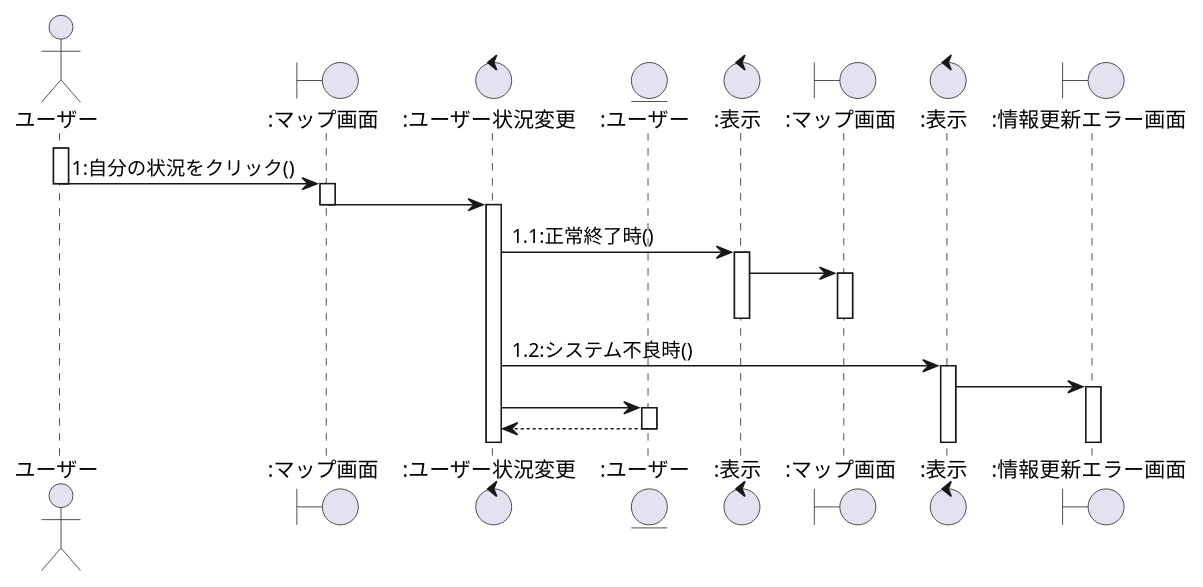
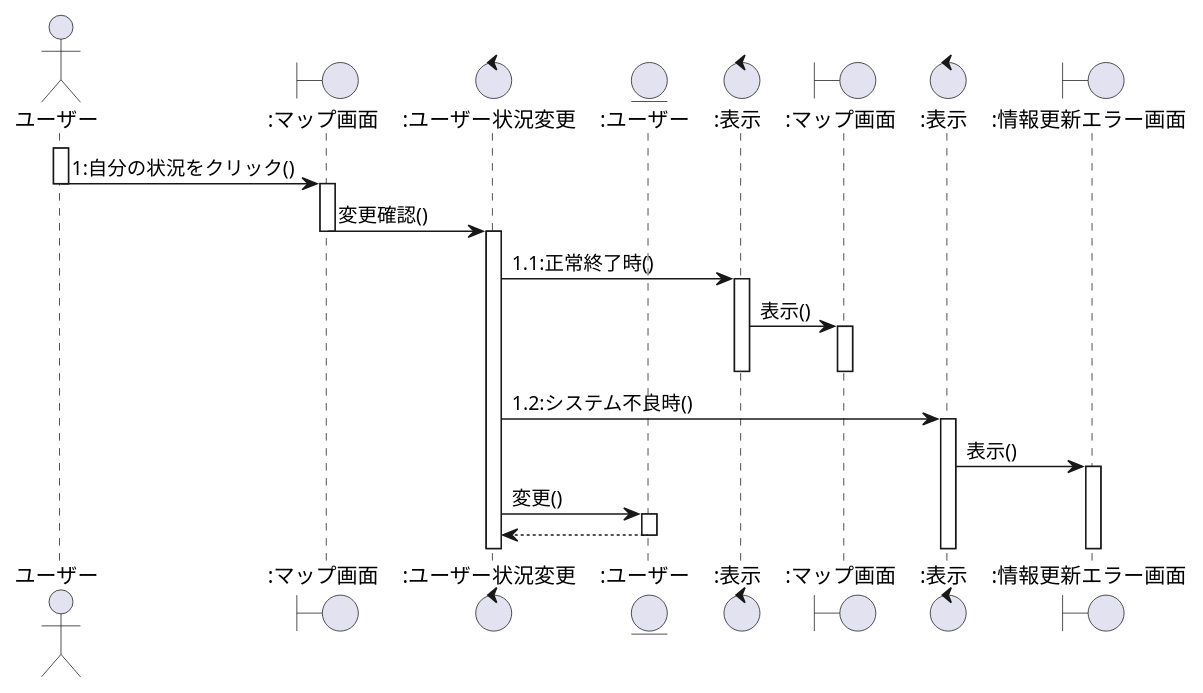
The fourth of 7 diagrams in user2_sequence.plantuml (ksw2270227/GroupF), drawn with PlantUML before and after one commit. The commit also changed other lines of this file and 1 other file, not shown here.

```diff
--- a/user2_sequence.plantuml
+++ b/user2_sequence.plantuml
@@ -109,32 +110,32 @@
 @startuml 状況変更シーケンス図
 actor ユーザー as 0
 boundary ":マップ画面" as a
 control ":ユーザー状況変更" as b
 entity ":ユーザー" as c
 control ":表示" as d
 boundary ":マップ画面" as e
 control ":表示" as f
 boundary ":情報更新エラー画面" as g
 
 activate 0
     0 -> a:1:自分の状況をクリック()
     deactivate 0
     activate a
-    a -> b
+    a -> b:変更確認()
     deactivate a
     activate b
     b -> d:1.1:正常終了時()
     activate d
-    d -> e
+    d -> e:表示()
     activate e
     deactivate e
     deactivate d
     b -> f:1.2:システム不良時()
     activate f
-    f -> g
+    f -> g:表示()
     activate g
-    b -> c
+    b -> c:変更()
     activate c
     c --> b
     deactivate c 
 @enduml
```
